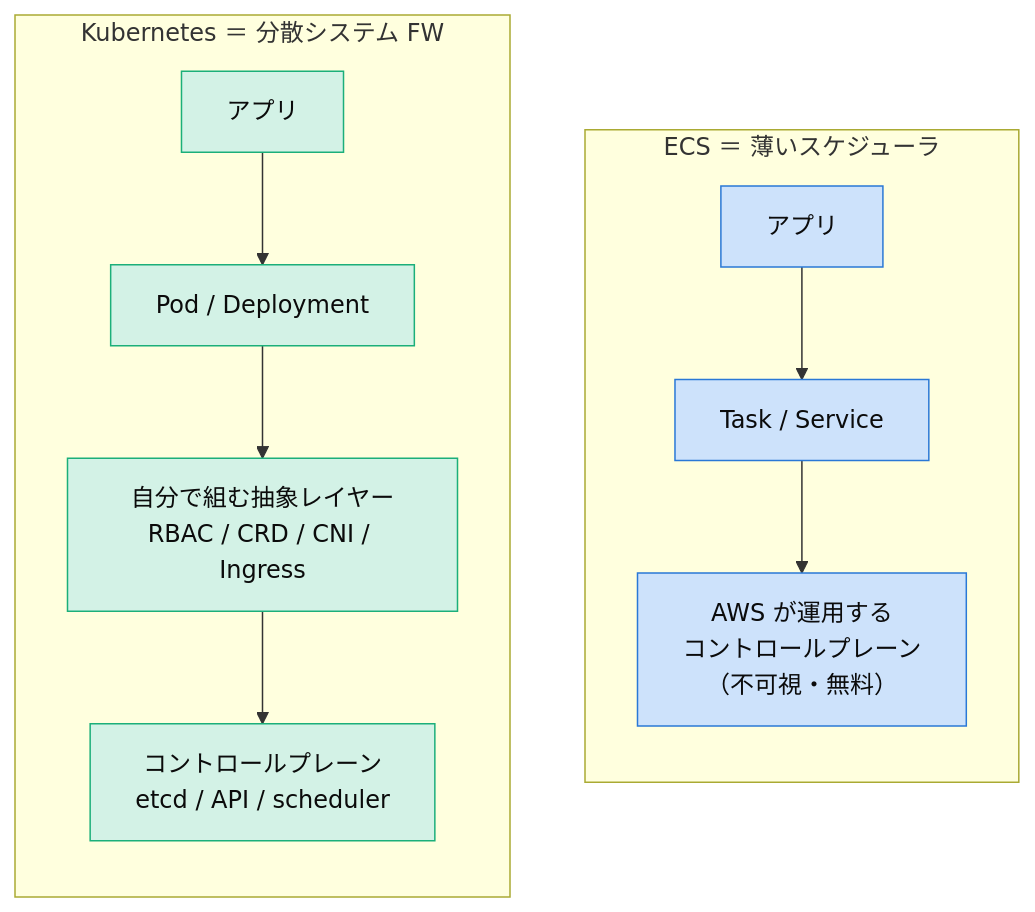
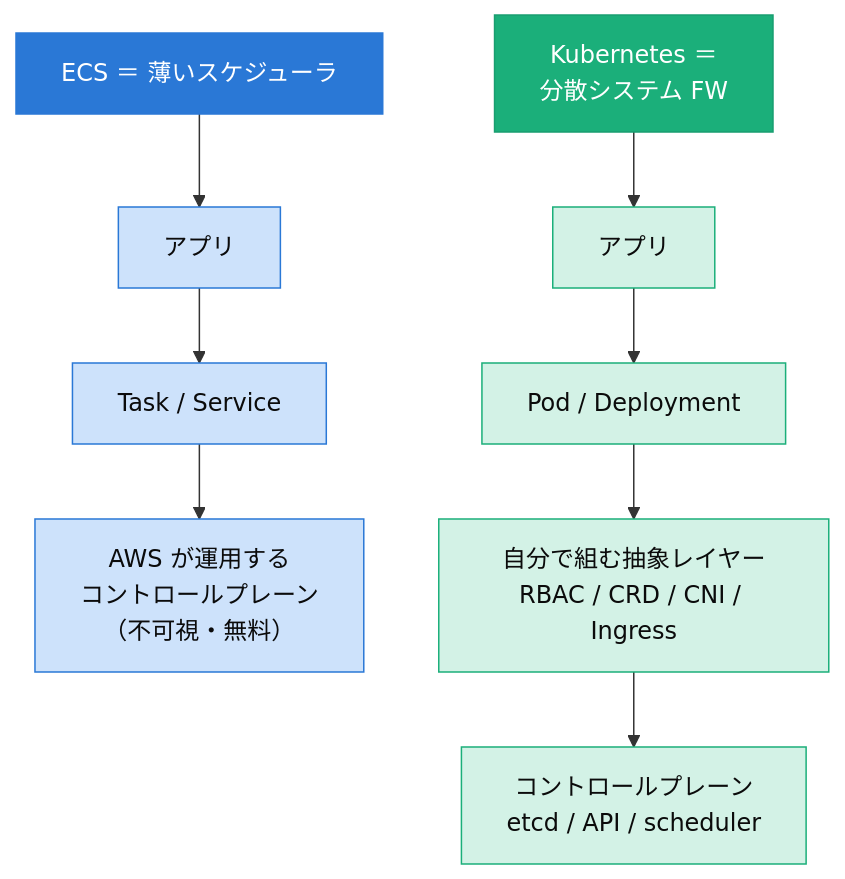
The first of 13 diagrams in public/ecs-vs-kubernetes.md (keitahigaki-prog/qiita-articles), drawn with Mermaid before and after one commit.

Commit message:
Fix intro diagram: replace subgraph titles with header nodes
Subgraph titles could overlap the first node / border in some Mermaid
renderers (VS Code ext / Qiita). Convert the intro to two vertical chains
with colored header nodes (ECS blue / K8s green) — no subgraph, so no
title-overlap is structurally possible. Verified by render.

````diff
--- a/public/ecs-vs-kubernetes.md
+++ b/public/ecs-vs-kubernetes.md
@@ -26,18 +26,20 @@
 ```mermaid
 flowchart TB
-  subgraph ECS["ECS ＝ 薄いスケジューラ"]
-    direction TB
-    E1[アプリ] --> E2[Task / Service]
-    E2 --> E3["AWS が運用する<br/>コントロールプレーン<br/>（不可視・無料）"]
-  end
-  subgraph K8S["Kubernetes ＝ 分散システム FW"]
-    direction TB
-    K1[アプリ] --> K2[Pod / Deployment]
-    K2 --> K3["自分で組む抽象レイヤー<br/>RBAC / CRD / CNI / Ingress"]
-    K3 --> K4["コントロールプレーン<br/>etcd / API / scheduler"]
-  end
+  E0["ECS ＝ 薄いスケジューラ"] --> E1["アプリ"]
+  E1 --> E2["Task / Service"]
+  E2 --> E3["AWS が運用する<br/>コントロールプレーン<br/>（不可視・無料）"]
+
+  K0["Kubernetes ＝<br/>分散システム FW"] --> K1["アプリ"]
+  K1 --> K2["Pod / Deployment"]
+  K2 --> K3["自分で組む抽象レイヤー<br/>RBAC / CRD / CNI / Ingress"]
+  K3 --> K4["コントロールプレーン<br/>etcd / API / scheduler"]
+
   classDef ecs fill:#cde2fb,stroke:#2a78d6,color:#0b0b0b;
   classDef k8s fill:#d3f2e6,stroke:#1baf7a,color:#0b0b0b;
+  classDef etitle fill:#2a78d6,stroke:#2a78d6,color:#ffffff;
+  classDef ktitle fill:#1baf7a,stroke:#199e70,color:#ffffff;
+  class E0 etitle;
+  class K0 ktitle;
   class E1,E2,E3 ecs;
   class K1,K2,K3,K4 k8s;
 ```
````
